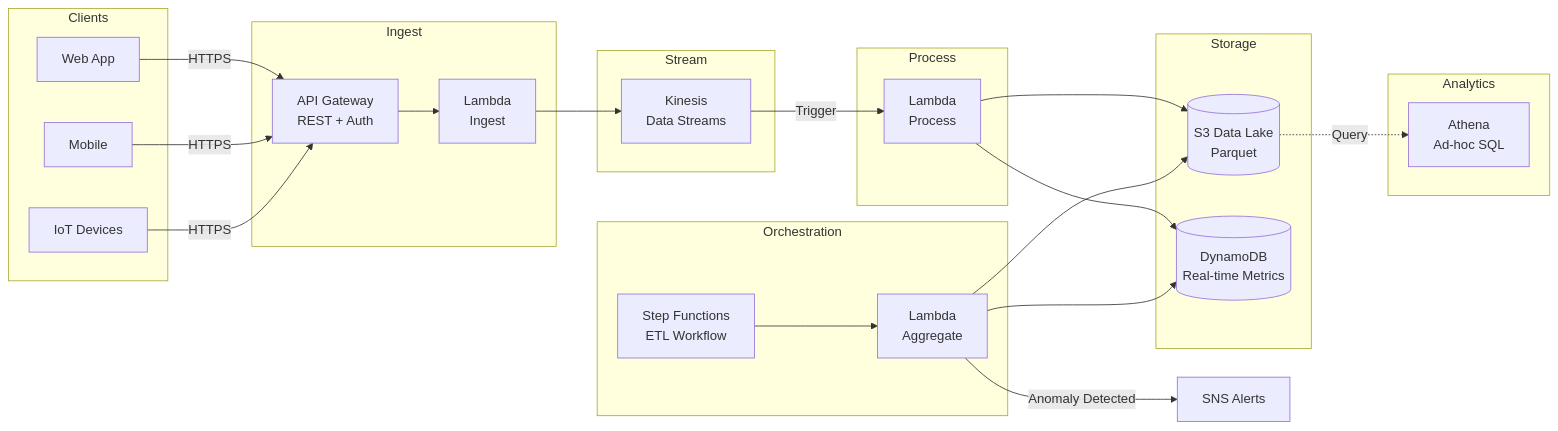
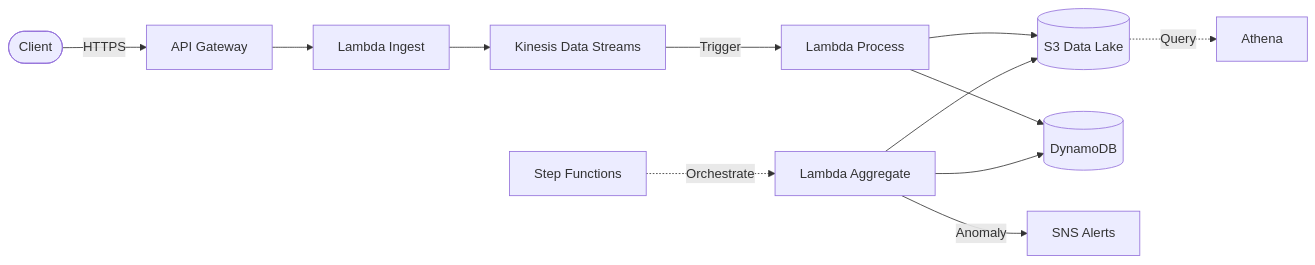
One commit to HunterSpence/aws-cloud-portfolio changed the first of 2 diagrams in eventstream/README.md. Above: the diagram before and after it, drawn with Mermaid. The commit also changed other lines of this file, not shown here.

Commit message:
EventStream: upgrade README with Mermaid

````diff
--- a/eventstream/README.md
+++ b/eventstream/README.md
@@ -15,49 +15,14 @@
 ```mermaid
 graph LR
-    subgraph Clients
-        Web[Web App]
-        Mobile[Mobile]
-        IoT[IoT Devices]
-    end
-
-    subgraph Ingest
-        APIGW[API Gateway<br/>REST + Auth]
-        IngestFn[Lambda<br/>Ingest]
-    end
-
-    subgraph Stream
-        Kinesis[Kinesis<br/>Data Streams]
-    end
-
-    subgraph Process
-        ProcessFn[Lambda<br/>Process]
-    end
-
-    subgraph Storage
-        S3[(S3 Data Lake<br/>Parquet)]
-        DDB[(DynamoDB<br/>Real-time Metrics)]
-    end
-
-    subgraph Orchestration
-        SFN[Step Functions<br/>ETL Workflow]
-        AggFn[Lambda<br/>Aggregate]
-    end
-
-    subgraph Analytics
-        Athena[Athena<br/>Ad-hoc SQL]
-    end
-
-    SNS[SNS Alerts]
-
-    Web & Mobile & IoT -->|HTTPS| APIGW
-    APIGW --> IngestFn
-    IngestFn --> Kinesis
-    Kinesis -->|Trigger| ProcessFn
-    ProcessFn --> S3
-    ProcessFn --> DDB
-    S3 -.->|Query| Athena
-    SFN --> AggFn
-    AggFn --> S3
-    AggFn --> DDB
-    AggFn -->|Anomaly Detected| SNS
+    Client([Client]) -->|HTTPS| APIGW[API Gateway]
+    APIGW --> LI[Lambda Ingest]
+    LI --> KDS[Kinesis Data Streams]
+    KDS -->|Trigger| LP[Lambda Process]
+    LP --> S3[(S3 Data Lake)]
+    LP --> DDB[(DynamoDB)]
+    SFN[Step Functions] -.->|Orchestrate| LA[Lambda Aggregate]
+    LA --> S3
+    LA --> DDB
+    LA -->|Anomaly| SNS[SNS Alerts]
+    S3 -.->|Query| Athena[Athena]
 ```
````
